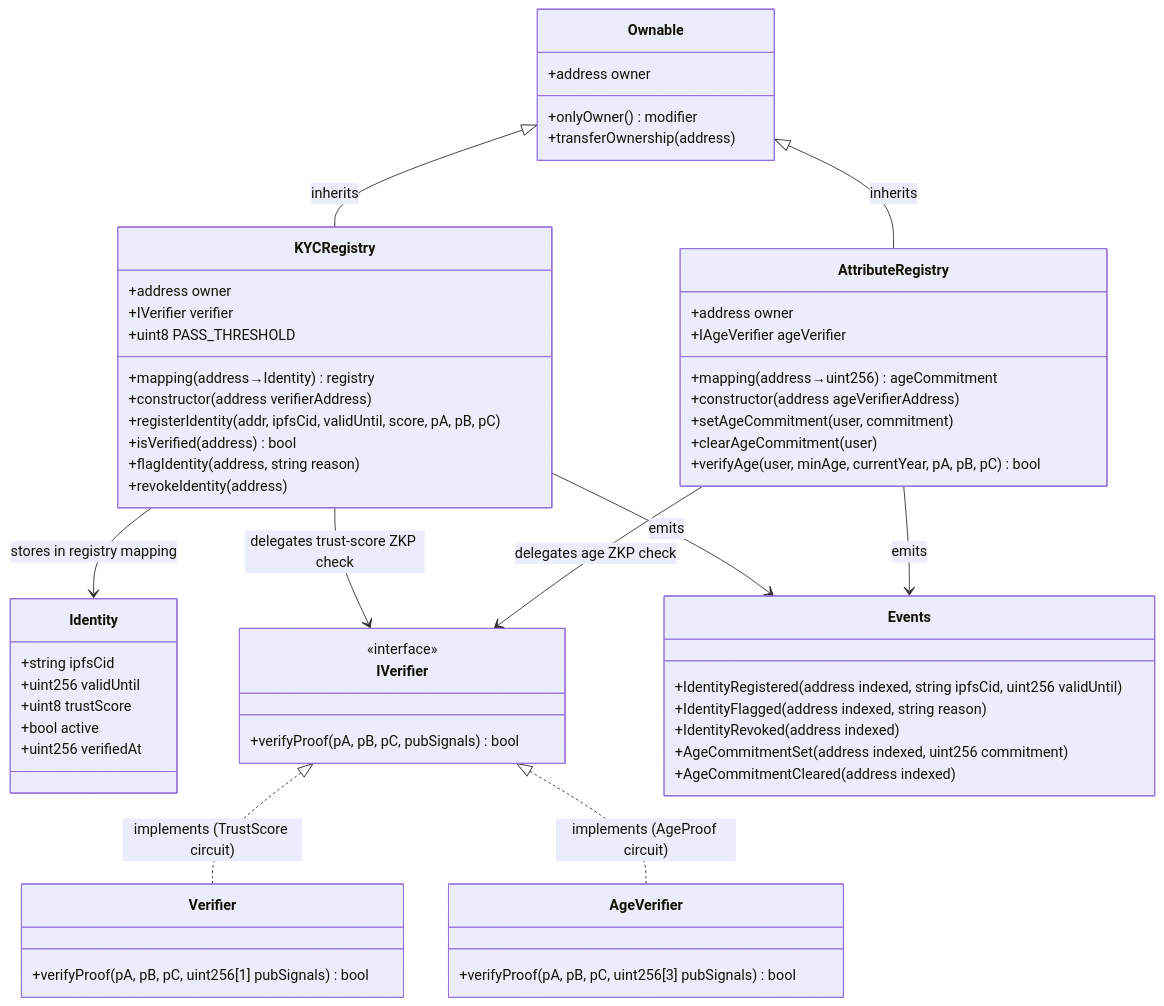
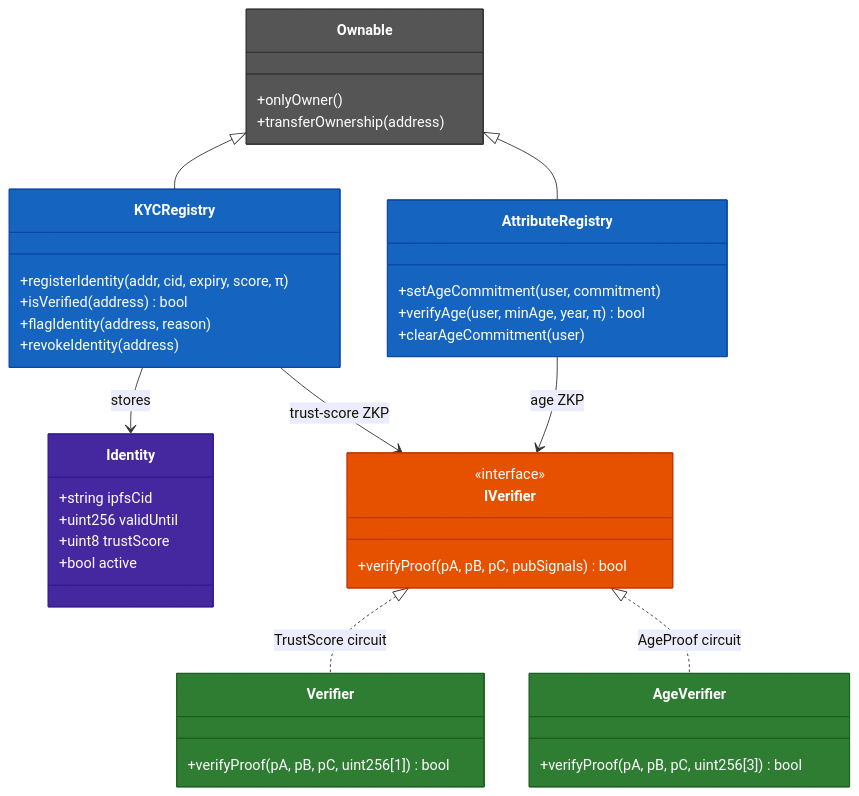
Before and after one commit to imanhmz/ekyc: the diagram in Thesis/Digrams/SmartContracts.md, drawn with Mermaid.

Commit message:
Refactor class diagram for KYC and Attribute Registries
Updated class diagram to improve layout and clarity.

````diff
--- a/Thesis/Digrams/SmartContracts.md
+++ b/Thesis/Digrams/SmartContracts.md
@@ -1,75 +1,60 @@
 ```mermaid
-%% MODIFIED_CLAUDE: added `direction TB` so mermaid renders the class hierarchy top-to-bottom (portrait) instead of the default side-by-side flat layout that produced 8192x2078.
+ 
 classDiagram
     direction TB
 
     class KYCRegistry {
-        +address owner
-        +IVerifier verifier
-        +uint8 PASS_THRESHOLD
-        +mapping(address→Identity) registry
-        +constructor(address verifierAddress)
-        +registerIdentity(addr, ipfsCid, validUntil, score, pA, pB, pC)
+        +registerIdentity(addr, cid, expiry, score, π)
         +isVerified(address) bool
-        +flagIdentity(address, string reason)
+        +flagIdentity(address, reason)
         +revokeIdentity(address)
+    }
+
+    class AttributeRegistry {
+        +setAgeCommitment(user, commitment)
+        +verifyAge(user, minAge, year, π) bool
+        +clearAgeCommitment(user)
     }
 
     class Identity {
         +string ipfsCid
         +uint256 validUntil
         +uint8 trustScore
         +bool active
-        +uint256 verifiedAt
-    }
-
-    class AttributeRegistry {
-        +address owner
-        +IAgeVerifier ageVerifier
-        +mapping(address→uint256) ageCommitment
-        +constructor(address ageVerifierAddress)
-        +setAgeCommitment(user, commitment)
-        +clearAgeCommitment(user)
-        +verifyAge(user, minAge, currentYear, pA, pB, pC) bool
     }
 
     class IVerifier {
         <<interface>>
         +verifyProof(pA, pB, pC, pubSignals) bool
     }
 
     class Verifier {
-        +verifyProof(pA, pB, pC, uint256[1] pubSignals) bool
+        +verifyProof(pA, pB, pC, uint256[1]) bool
     }
 
     class AgeVerifier {
-        +verifyProof(pA, pB, pC, uint256[3] pubSignals) bool
+        +verifyProof(pA, pB, pC, uint256[3]) bool
     }
 
     class Ownable {
-        +address owner
-        +onlyOwner() modifier
+        +onlyOwner()
         +transferOwnership(address)
     }
 
-    class Events {
-        +IdentityRegistered(address indexed, string ipfsCid, uint256 validUntil)
-        +IdentityFlagged(address indexed, string reason)
-        +IdentityRevoked(address indexed)
-        +AgeCommitmentSet(address indexed, uint256 commitment)
-        +AgeCommitmentCleared(address indexed)
-    }
+    Ownable <|-- KYCRegistry
+    Ownable <|-- AttributeRegistry
+    KYCRegistry --> Identity : stores
+    KYCRegistry --> IVerifier : trust-score ZKP
+    AttributeRegistry --> IVerifier : age ZKP
+    IVerifier <|.. Verifier : TrustScore circuit
+    IVerifier <|.. AgeVerifier : AgeProof circuit
 
-    Ownable <|-- KYCRegistry : inherits
-    Ownable <|-- AttributeRegistry : inherits
-
-    KYCRegistry --> Identity : stores in registry mapping
-    KYCRegistry --> IVerifier : delegates trust-score ZKP check
-    KYCRegistry --> Events : emits
-
-    AttributeRegistry --> IVerifier : delegates age ZKP check
-    AttributeRegistry --> Events : emits
-
-    IVerifier <|.. Verifier : implements (TrustScore circuit)
-    IVerifier <|.. AgeVerifier : implements (AgeProof circuit)
+    style KYCRegistry    fill:#1565C0,stroke:#0D47A1,color:#fff
+    style AttributeRegistry fill:#1565C0,stroke:#0D47A1,color:#fff
+    style Identity       fill:#4527A0,stroke:#311B92,color:#fff
+    style IVerifier      fill:#E65100,stroke:#BF360C,color:#fff
+    style Verifier       fill:#2E7D32,stroke:#1B5E20,color:#fff
+    style AgeVerifier    fill:#2E7D32,stroke:#1B5E20,color:#fff
+    style Ownable        fill:#555555,stroke:#333333,color:#fff
+ 
 ```
````
